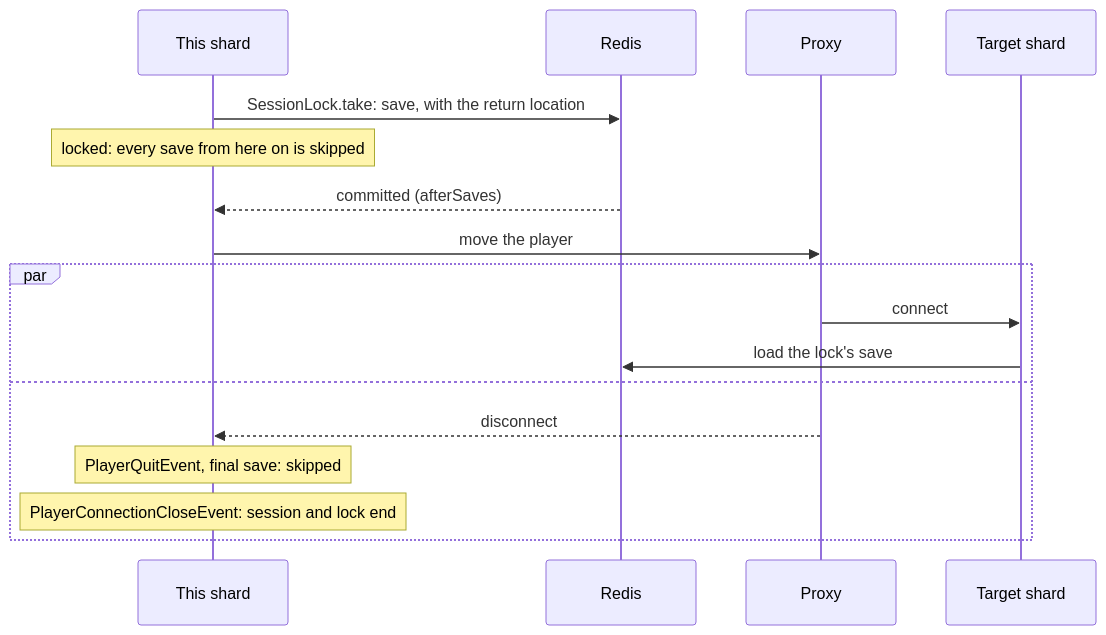
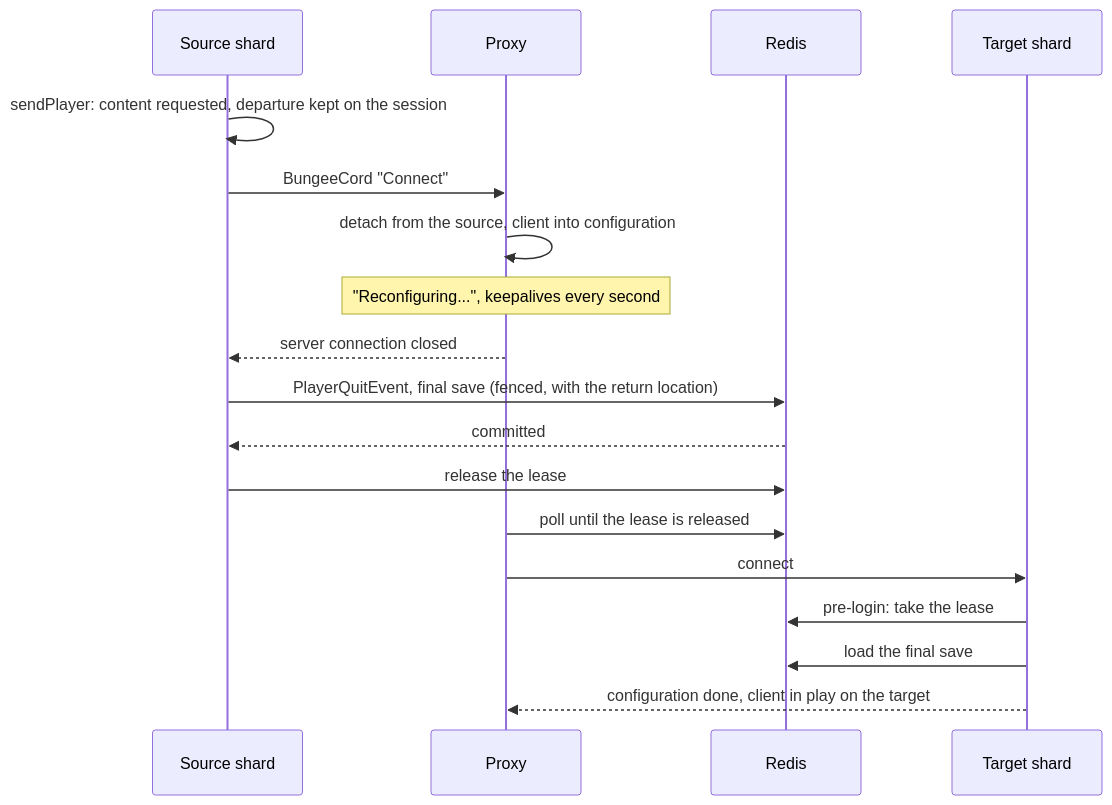
Before and after one commit to TeamMonumenta/monumenta-server-management: the fifth of 6 diagrams in redis-sync/ARCHITECTURE.md, drawn with Mermaid. The commit also changed other lines of this file and 40 other files, not shown here.

First line of the commit message:
BREAKING: redis-sync: Clean transfers with session leases and proxy-held server switches (#118)

````diff
--- a/redis-sync/ARCHITECTURE.md
+++ b/redis-sync/ARCHITECTURE.md
@@ -228,19 +303,20 @@
 ```mermaid
 sequenceDiagram
-    participant H as This shard
+    participant H as Source shard
+    participant X as Proxy
     participant R as Redis
-    participant X as Proxy
     participant T as Target shard
-    H->>R: SessionLock.take: save, with the return location
-    Note over H: locked: every save from here on is skipped
-    R-->>H: committed (afterSaves)
-    H->>X: move the player
-    par
-        X->>T: connect
-        T->>R: load the lock's save
-    and
-        X-->>H: disconnect
-        Note over H: PlayerQuitEvent, final save: skipped
-        Note over H: PlayerConnectionCloseEvent: session and lock end
-    end
+    H->>H: sendPlayer: content requested, departure kept on the session
+    H->>X: BungeeCord "Connect"
+    X->>X: detach from the source, client into configuration
+    Note over X: "Reconfiguring...", keepalives every second
+    X-->>H: server connection closed
+    H->>R: PlayerQuitEvent, final save (fenced, with the return location)
+    R-->>H: committed
+    H->>R: release the lease
+    X->>R: poll until the lease is released
+    X->>T: connect
+    T->>R: pre-login: take the lease
+    T->>R: load the final save
+    T-->>X: configuration done, client in play on the target
 ```
````
